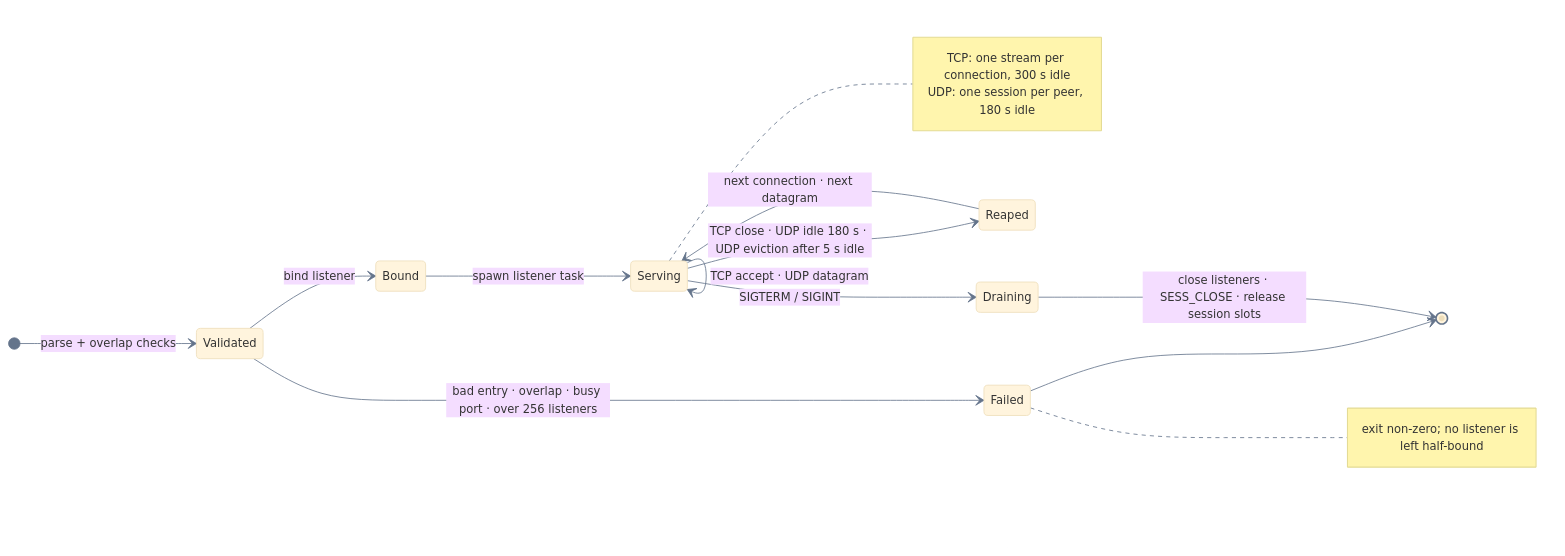
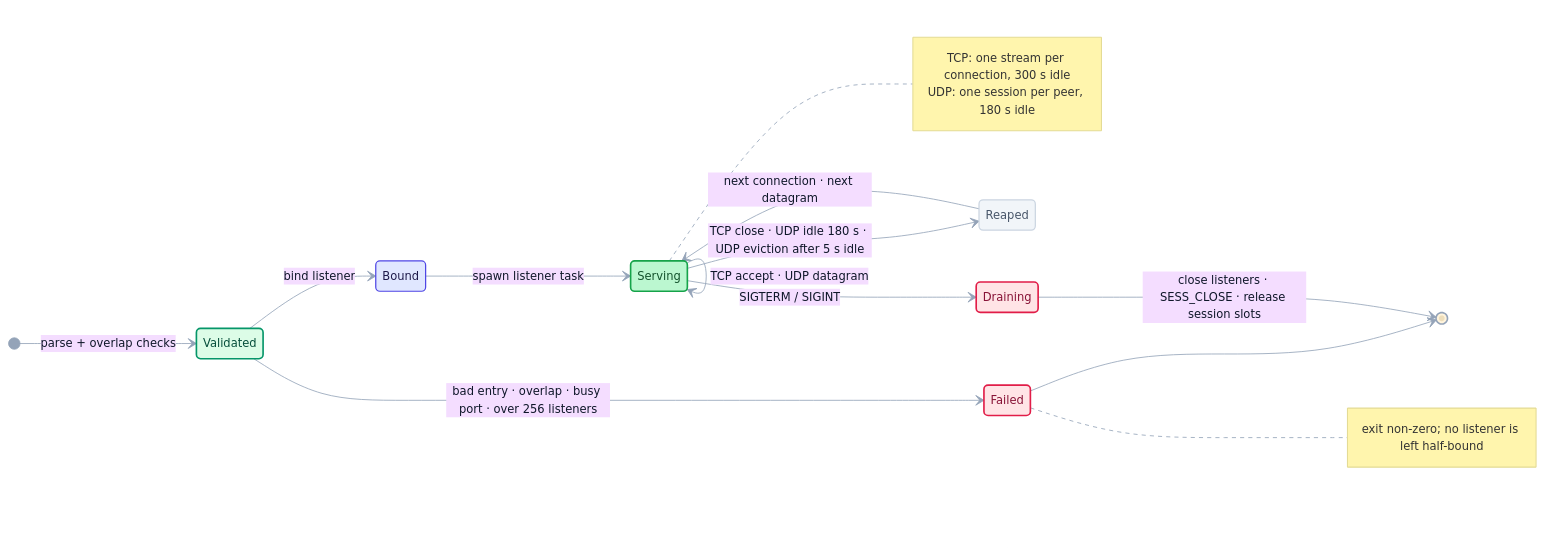
One commit to Terutoki/MyQUIC2 changed the sixth of 31 diagrams in README.md. Above: the diagram before and after it, drawn with Mermaid. The commit also changed other lines of this file and 14 other files, not shown here.

First line of the commit message:
docs(readme): remove static art and redraw Mermaid atlas

````diff
--- a/README.md
+++ b/README.md
@@ -903,22 +907,34 @@
 ```mermaid
-%%{init: {"theme":"base","themeVariables":{"fontSize":"14px","lineColor":"#64748b"}}}%%
+%%{init: {"theme":"base","themeVariables":{"fontSize":"14px","lineColor":"#94a3b8","textColor":"#0f172a"}}}%%
 stateDiagram-v2
+    accTitle: Forward listener lifecycle
+    accDescr: Listener startup validates every entry, then serves TCP connections or UDP peers until shutdown drains the sessions.
     direction LR
     [*] --> Validated : parse + overlap checks
     Validated --> Failed : bad entry · overlap · busy port · over 256 listeners
     Failed --> [*]
     Validated --> Bound : bind listener
     Bound --> Serving : spawn listener task
     Serving --> Serving : TCP accept · UDP datagram
     Serving --> Reaped : TCP close · UDP idle 180 s · UDP eviction after 5 s idle
     Reaped --> Serving : next connection · next datagram
     Serving --> Draining : SIGTERM / SIGINT
     Draining --> [*] : close listeners · SESS_CLOSE · release session slots
     note right of Serving
         TCP: one stream per connection, 300 s idle
         UDP: one session per peer, 180 s idle
     end note
     note right of Failed
         exit non-zero; no listener is left half-bound
     end note
+    classDef edge fill:#dcfce7,stroke:#059669,stroke-width:2px,color:#064e3b
+    classDef ok fill:#bbf7d0,stroke:#16a34a,stroke-width:2px,color:#14532d
+    classDef note fill:#e0e7ff,stroke:#4f46e5,stroke-width:1.5px,color:#1e1b4b
+    classDef warn fill:#ffe4e6,stroke:#e11d48,stroke-width:2px,color:#881337
+    classDef mute fill:#f1f5f9,stroke:#cbd5e1,stroke-width:1.5px,color:#475569
+    class Validated edge
+    class Bound note
+    class Serving ok
+    class Reaped mute
+    class Failed,Draining warn
 ```
````
